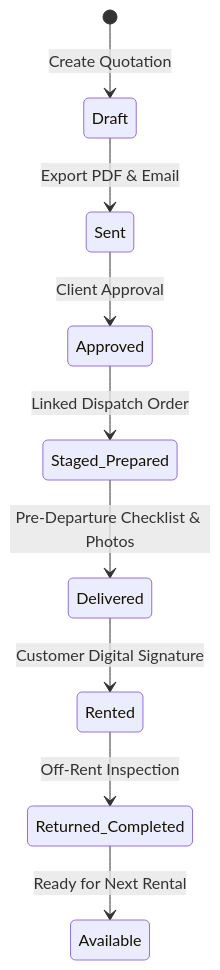
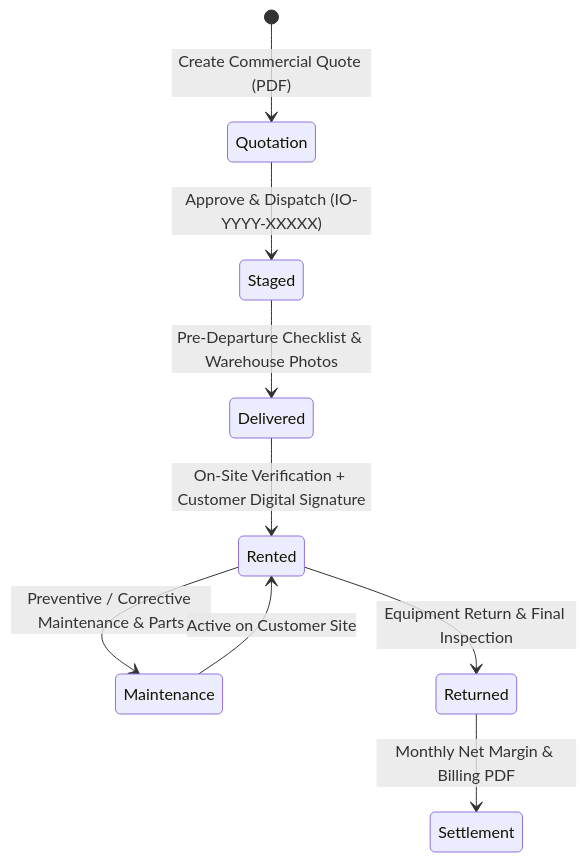
Before and after one commit to alexelgordo72/ProCoating: the second of 2 diagrams in README.md, drawn with Mermaid. The commit also changed other lines of this file, not shown here.

Commit message:
docs(readme): comprehensive architecture, operations lifecycle, user RBAC, audit logs, and backup guide

````diff
--- a/README.md
+++ b/README.md
@@ -23,11 +44,11 @@
 ```mermaid
 stateDiagram-v2
-    [*] --> Draft: Create Quotation
-    Draft --> Sent: Export PDF & Email
-    Sent --> Approved: Client Approval
-    Approved --> Staged_Prepared: Linked Dispatch Order
-    Staged_Prepared --> Delivered: Pre-Departure Checklist & Photos
-    Delivered --> Rented: Customer Digital Signature
-    Rented --> Returned_Completed: Off-Rent Inspection
-    Returned_Completed --> Available: Ready for Next Rental
+    [*] --> Quotation: Create Commercial Quote (PDF)
+    Quotation --> Staged: Approve & Dispatch (IO-YYYY-XXXXX)
+    Staged --> Delivered: Pre-Departure Checklist & Warehouse Photos
+    Delivered --> Rented: On-Site Verification + Customer Digital Signature
+    Rented --> Maintenance: Preventive / Corrective Maintenance & Parts
+    Maintenance --> Rented: Active on Customer Site
+    Rented --> Returned: Equipment Return & Final Inspection
+    Returned --> Settlement: Monthly Net Margin & Billing PDF
 ```
````
